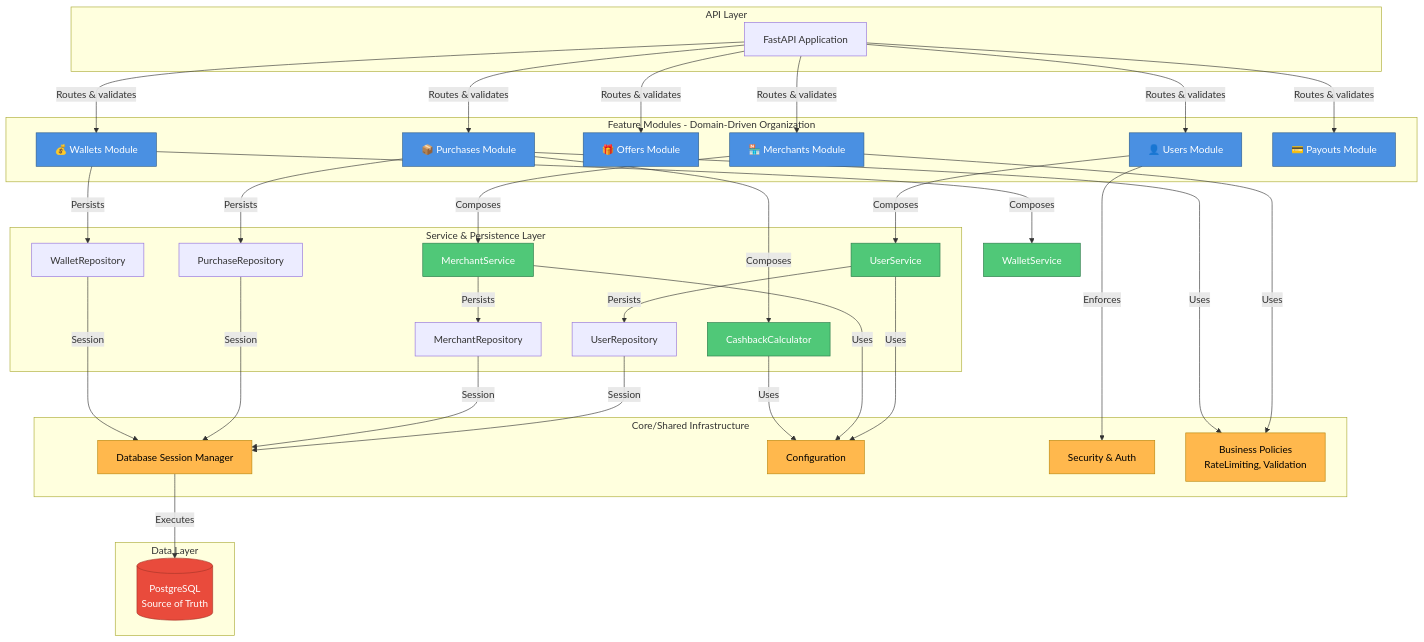
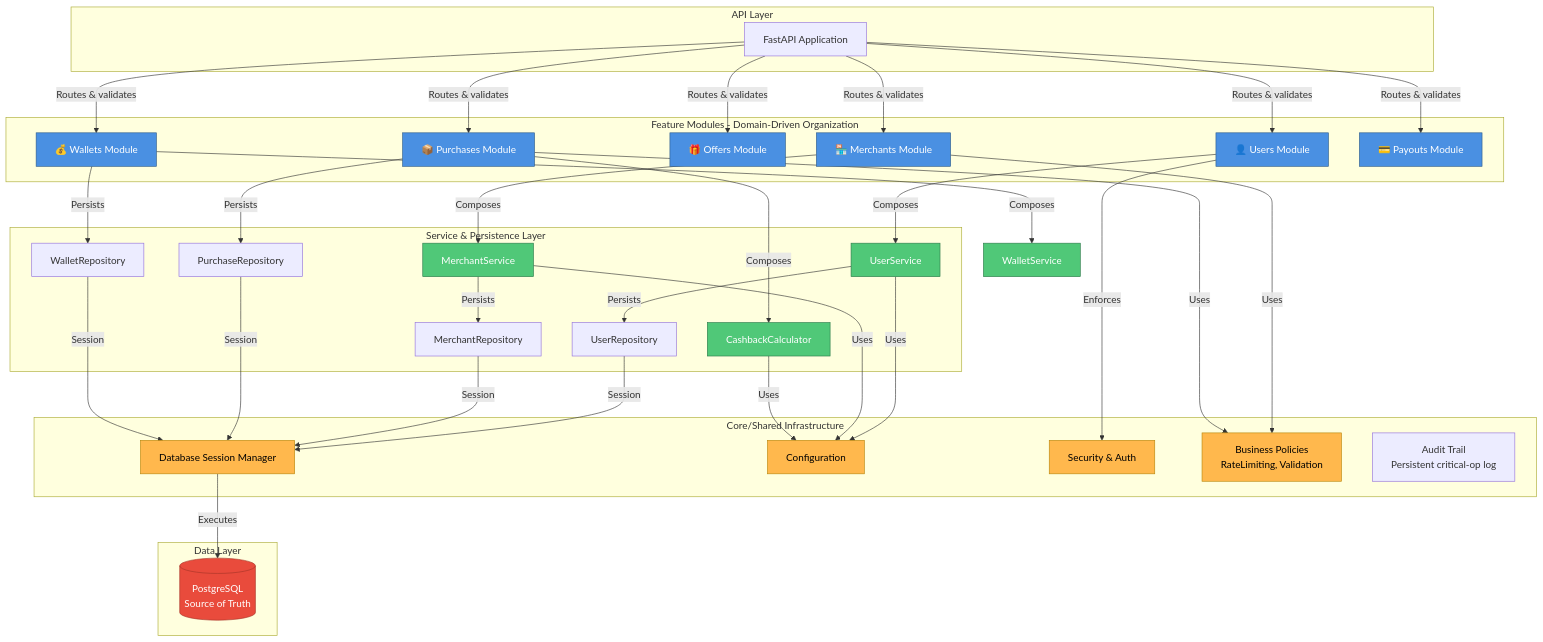
The diagram in docs/design/architecture-overview.md (jerosanchez/clicknback), drawn with Mermaid before and after one commit. The commit also changed other lines of this file and 9 other files, not shown here.

````diff
--- a/docs/design/architecture-overview.md
+++ b/docs/design/architecture-overview.md
@@ -17,79 +17,80 @@
 ```mermaid
 graph TB
     subgraph "API Layer"
         HTTP["FastAPI Application"]
     end
 
     subgraph "Feature Modules - Domain-Driven Organization"
         Users["👤 Users Module"]
         Merchants["🏪 Merchants Module"]
         Offers["🎁 Offers Module"]
         Purchases["📦 Purchases Module"]
         Wallets["💰 Wallets Module"]
         Payouts["💳 Payouts Module"]
     end
 
     subgraph "Service & Persistence Layer"
         UserSvc["UserService"]
         MerchantSvc["MerchantService"]
         CashbackCalcSvc["CashbackCalculator"]
 
         UserRepo["UserRepository"]
         MerchantRepo["MerchantRepository"]
         PurchaseRepo["PurchaseRepository"]
         WalletRepo["WalletRepository"]
     end
 
     subgraph "Core/Shared Infrastructure"
         DB["Database Session Manager"]
         Config["Configuration"]
         Security["Security & Auth"]
         Policies["Business Policies<br/>RateLimiting, Validation"]
+        Audit["Audit Trail<br/>Persistent critical-op log"]
     end
 
     subgraph "Data Layer"
         PostgreSQL[("PostgreSQL<br/>Source of Truth")]
     end
 
     HTTP -->|Routes & validates| Users
     HTTP -->|Routes & validates| Merchants
     HTTP -->|Routes & validates| Offers
     HTTP -->|Routes & validates| Purchases
     HTTP -->|Routes & validates| Wallets
     HTTP -->|Routes & validates| Payouts
 
     Users -->|Composes| UserSvc
     Merchants -->|Composes| MerchantSvc
     Purchases -->|Composes| CashbackCalcSvc
     Wallets -->|Composes| WalletSvc["WalletService"]
 
     UserSvc -->|Persists| UserRepo
     MerchantSvc -->|Persists| MerchantRepo
     Purchases -->|Persists| PurchaseRepo
     Wallets -->|Persists| WalletRepo
 
     Users -->|Enforces| Security
     Merchants -->|Uses| Policies
     Purchases -->|Uses| Policies
 
     UserSvc -->|Uses| Config
     MerchantSvc -->|Uses| Config
     CashbackCalcSvc -->|Uses| Config
 
     UserRepo -->|Session| DB
     MerchantRepo -->|Session| DB
     PurchaseRepo -->|Session| DB
     WalletRepo -->|Session| DB
 
     DB -->|Executes| PostgreSQL
 
     classDef module fill:#4A90E2,stroke:#2E5C8A,color:#fff
     classDef service fill:#50C878,stroke:#2D7A4A,color:#fff
     classDef core fill:#FFB84D,stroke:#B8860B,color:#000
     classDef data fill:#E94B3C,stroke:#A63428,color:#fff
 
     class Users,Merchants,Offers,Purchases,Wallets,Payouts module
     class UserSvc,MerchantSvc,CashbackCalcSvc,WalletSvc service
     class DB,Config,Security,Policies core
     class PostgreSQL data
 ```
````
